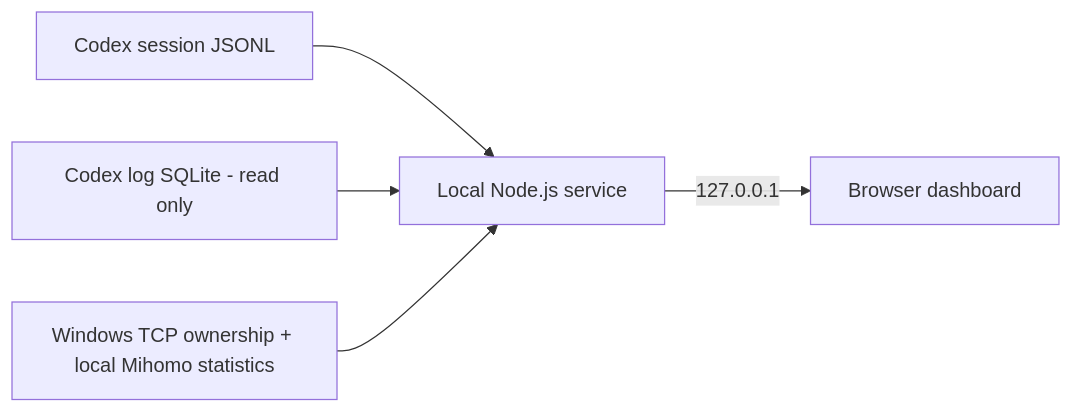
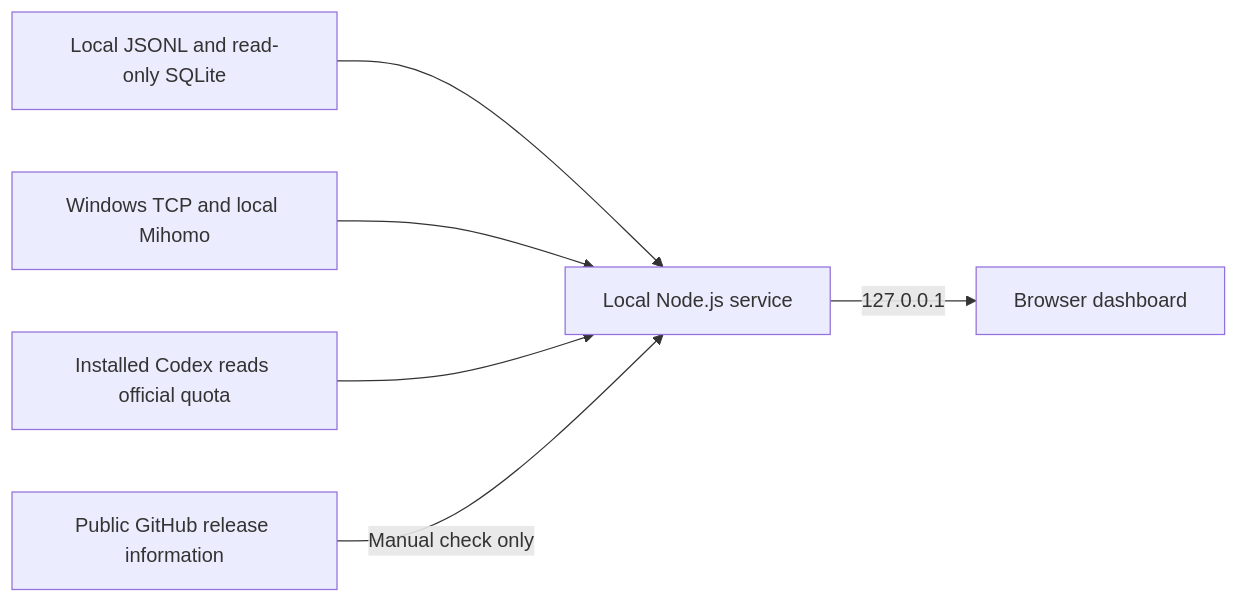
The diagram in README.md (ClencyX/codex-runtime-monitor), drawn with Mermaid before and after one commit. The commit also changed other lines of this file and 37 other files, not shown here.

Commit message:
Release v0.1.5: manual update checks and visual documentation

````diff
--- a/README.md
+++ b/README.md
@@ -120,7 +148,8 @@
 ```mermaid
 flowchart LR
-    A[Codex session JSONL] --> D[Local Node.js service]
-    B[Codex log SQLite - read only] --> D
-    C[Windows TCP ownership + local Mihomo statistics] --> D
+    A[Local JSONL and read-only SQLite] --> D[Local Node.js service]
+    B[Windows TCP and local Mihomo] --> D
+    C[Installed Codex reads official quota] --> D
+    G[Public GitHub release information] -->|Manual check only| D
     D -->|127.0.0.1| E[Browser dashboard]
 ```
````
